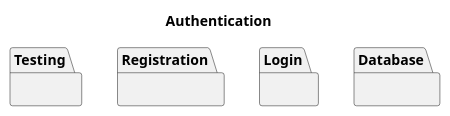
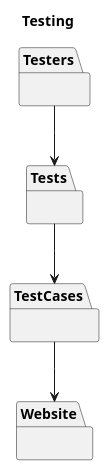
The diagram in testing/package_init.puml (mnguye49/finalProject), drawn with PlantUML before and after one commit.

```diff
--- a/testing/package_init.puml
+++ b/testing/package_init.puml
@@ -1,8 +1,11 @@
 @startuml
-title Authentication
-package Testing {}
-package Registration {}
-package Login{}
-package Database{}
+title Testing
+package Testers {}
+package Tests {}
+package TestCases {}
+package Website {}
 
+Testers --> Tests
+Tests --> TestCases
+TestCases --> Website
 @enduml
```
